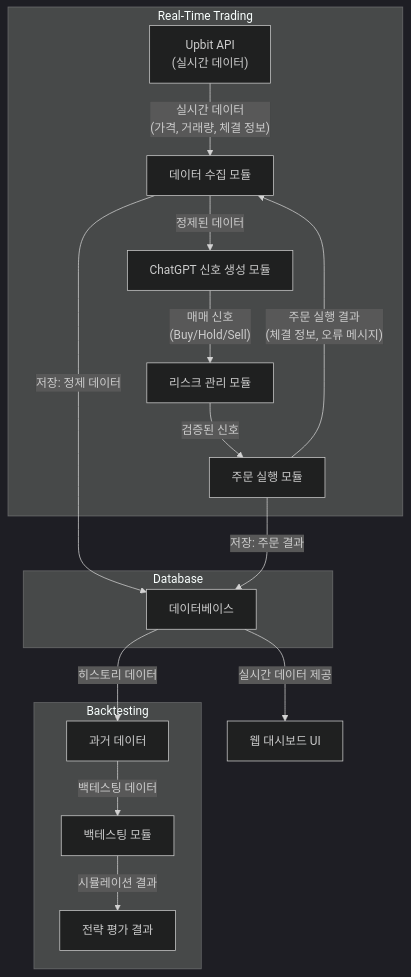
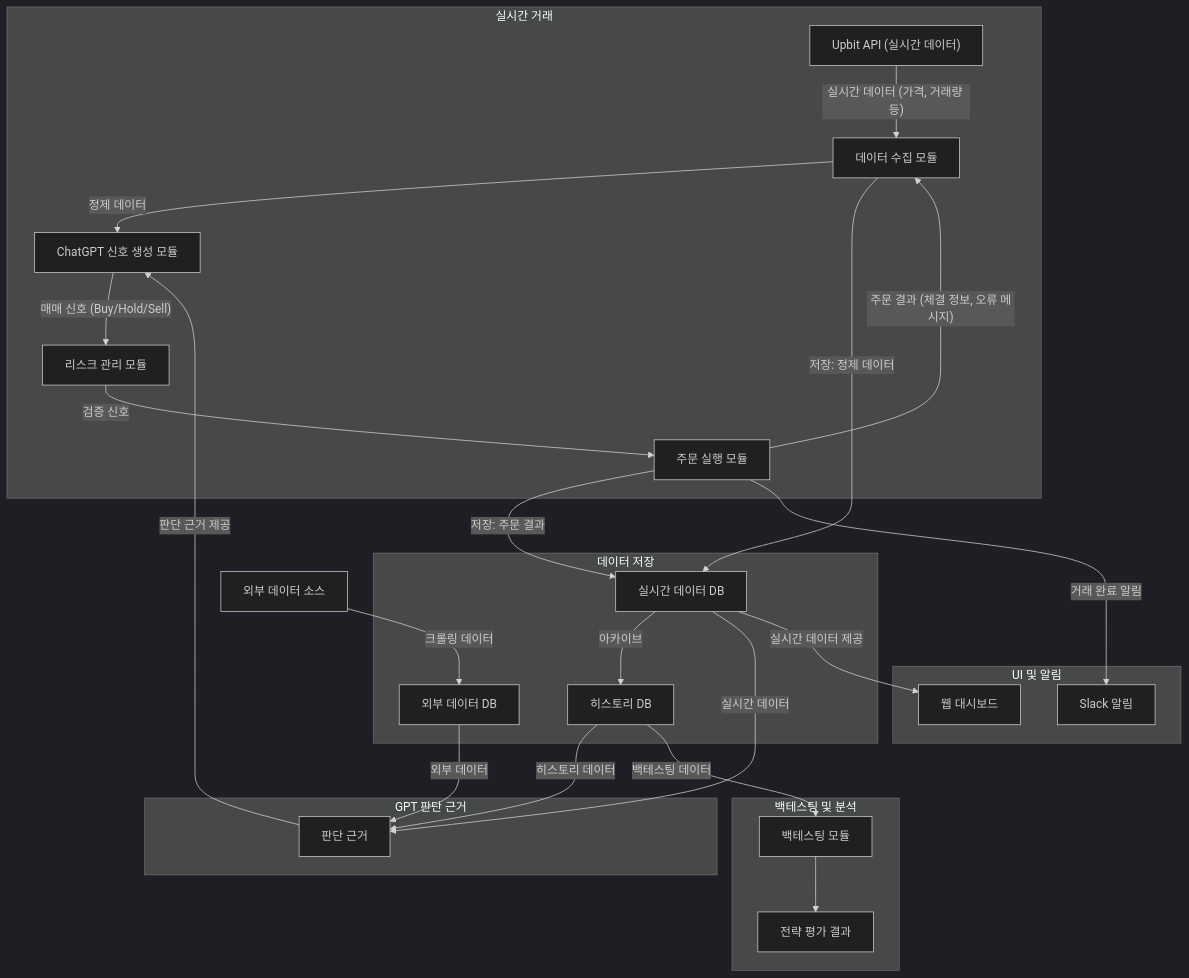
The first of 2 diagrams in docs/ARCHITECTURE.md (grayson1999/Bitcoin-Auto-Trading), drawn with Mermaid (dark theme) before and after one commit. The commit also changed other lines of this file and 2 other files, not shown here.

````diff
--- a/docs/ARCHITECTURE.md
+++ b/docs/ARCHITECTURE.md
@@ -3,41 +2,65 @@
 ```mermaid
 flowchart TD
-    %% 기존 흐름
-    subgraph "Real-Time Trading"
-        A["Upbit API<br/>(실시간 데이터)"]
-        B["데이터 수집 모듈"]
-        C["ChatGPT 신호 생성 모듈"]
-        E["리스크 관리 모듈"]
-        D["주문 실행 모듈"]
+    %% [실시간 거래 영역]
+    subgraph "실시간 거래"
+      A["Upbit API (실시간 데이터)"]
+      B["데이터 수집 모듈"]
+      C["ChatGPT 신호 생성 모듈"]
+      E["리스크 관리 모듈"]
+      D["주문 실행 모듈"]
     end
 
-    subgraph "Database"
-        DB["데이터베이스"]
+    %% [데이터 저장 영역]
+    subgraph "데이터 저장"
+      RT["실시간 데이터 DB"]
+      HIST["히스토리 DB"]
+      EXT["외부 데이터 DB"]
     end
 
-    subgraph "Backtesting"
-        F["과거 데이터"]
-        G["백테스팅 모듈"]
-        H["전략 평가 결과"]
+    %% [GPT 판단 근거 영역]
+    subgraph "GPT 판단 근거"
+      GPT["판단 근거"]
     end
 
-    %% 실시간 거래 흐름 연결
-    A -- "실시간 데이터<br/>(가격, 거래량, 체결 정보)" --> B
-    B -- "정제된 데이터" --> C
-    C -- "매매 신호<br/>(Buy/Hold/Sell)" --> E
-    E -- "검증된 신호" --> D
-    D -- "주문 실행 결과<br/>(체결 정보, 오류 메시지)" --> B
+    %% [백테스팅 및 분석 영역]
+    subgraph "백테스팅 및 분석"
+      BT["백테스팅 모듈"]
+      RES["전략 평가 결과"]
+    end
 
-    %% DB 저장 흐름
-    B -- "저장: 정제 데이터" --> DB
-    D -- "저장: 주문 결과" --> DB
+    %% [UI 및 알림 영역]
+    subgraph "UI 및 알림"
+      WD["웹 대시보드"]
+      SL["Slack 알림"]
+    end
 
-    %% 백테스팅 흐름 연결
-    DB -- "히스토리 데이터" --> F
-    F -- "백테스팅 데이터" --> G
-    G -- "시뮬레이션 결과" --> H
+    %% 외부 데이터 소스
+    X["외부 데이터 소스"]
 
-    %% (선택 사항) 웹 대시보드 연결
-    DB -- "실시간 데이터 제공" --> W["웹 대시보드 UI"]
+    %% 연결 흐름: 실시간 거래
+    A -->|"실시간 데이터 (가격, 거래량 등)"| B
+    B -->|"정제 데이터"| C
+    C -->|"매매 신호 (Buy/Hold/Sell)"| E
+    E -->|"검증 신호"| D
+    D -->|"주문 결과 (체결 정보, 오류 메시지)"| B
 
+    %% 연결 흐름: 데이터 저장
+    B -->|"저장: 정제 데이터"| RT
+    D -->|"저장: 주문 결과"| RT
+    RT -->|"아카이브"| HIST
+    X -->|"크롤링 데이터"| EXT
+
+    %% 연결 흐름: GPT 판단 근거 활용
+    RT -->|"실시간 데이터"| GPT
+    HIST -->|"히스토리 데이터"| GPT
+    EXT -->|"외부 데이터"| GPT
+    GPT -->|"판단 근거 제공"| C
+
+    %% 연결 흐름: 백테스팅 및 분석
+    HIST -->|"백테스팅 데이터"| BT
+    BT --> RES
+
+    %% 연결 흐름: UI 및 알림
+    RT -->|"실시간 데이터 제공"| WD
+    D -->|"거래 완료 알림"| SL
 ```
````
